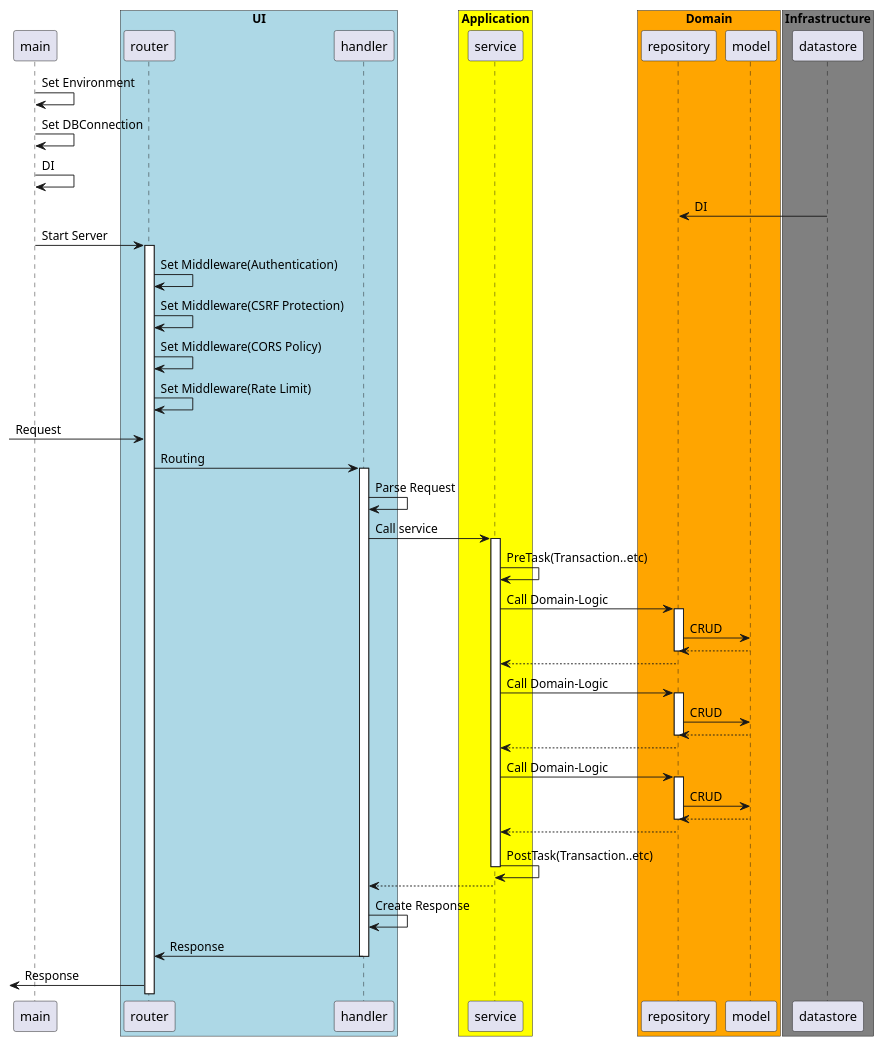
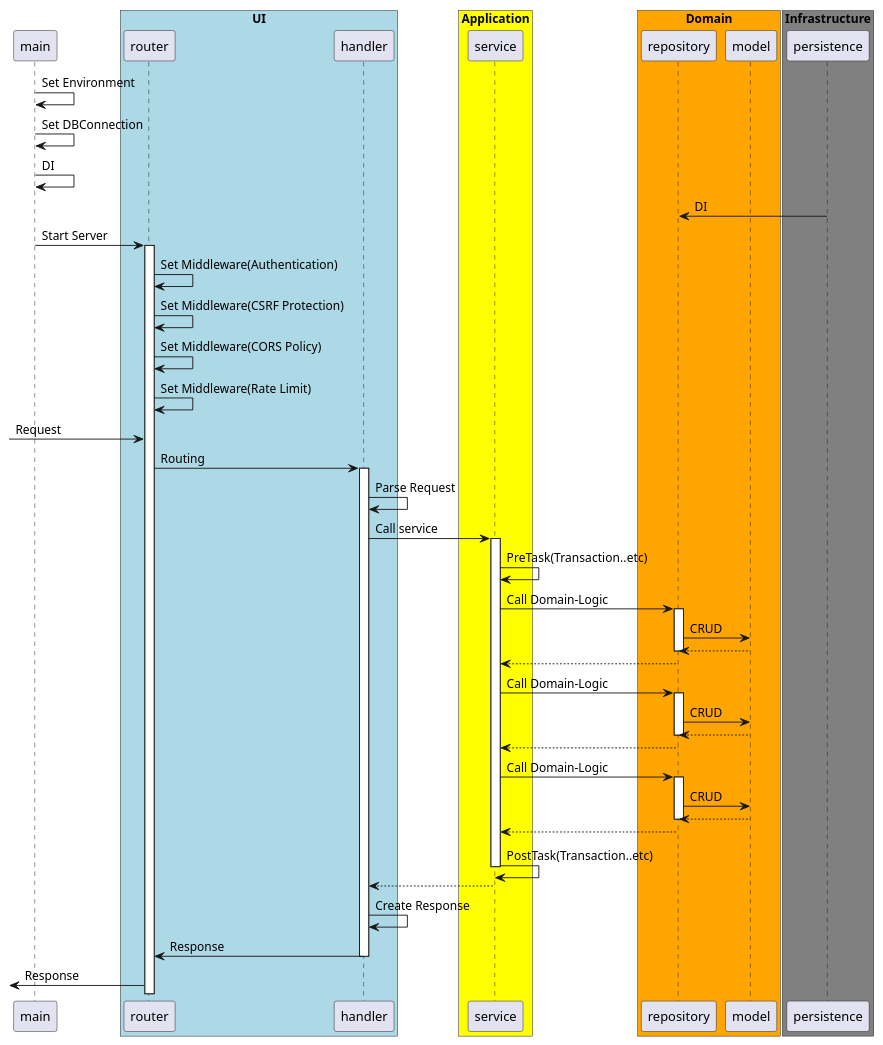
Before and after one commit to oshou/AwesomeMusic-api: the diagram in docs/sequence.pu, drawn with PlantUML. The commit also changed 12 other files, not shown here.

```diff
--- a/docs/sequence.pu
+++ b/docs/sequence.pu
@@ -2,60 +2,60 @@
 @startuml
 participant main
 box "UI" #LightBlue
   participant router
   participant handler
 end box
 box "Application" #Yellow
   participant service
 end box
 box "Domain" #Orange
   participant repository
   participant model
 end box
 box "Infrastructure" #Gray
-  participant datastore
+  participant persistence
 end box
 
 main -> main: Set Environment
 main -> main: Set DBConnection
 main -> main: DI
-datastore -> repository: DI
+persistence -> repository: DI
 main -> router: Start Server
 activate router
 router -> router: Set Middleware(Authentication)
 router -> router: Set Middleware(CSRF Protection)
 router -> router: Set Middleware(CORS Policy)
 router -> router: Set Middleware(Rate Limit)
 [-> router : Request
 router -> handler: Routing
 activate handler
 handler -> handler: Parse Request
 handler -> service: Call service
 activate service
 service -> service: PreTask(Transaction..etc)
 service -> repository: Call Domain-Logic
 activate repository
 repository -> model: CRUD
 repository <-- model:
 deactivate repository
 service <-- repository:
 service -> repository: Call Domain-Logic
 activate repository
 repository -> model: CRUD
 repository <-- model:
 deactivate repository
 service <-- repository:
 service -> repository: Call Domain-Logic
 activate repository
 repository -> model: CRUD
 repository <-- model:
 deactivate repository
 service <-- repository:
 service -> service: PostTask(Transaction..etc)
 deactivate service
 handler <-- service:
 handler -> handler: Create Response
 router <- handler: Response
 deactivate handler
 [<- router: Response
 @enduml
```
